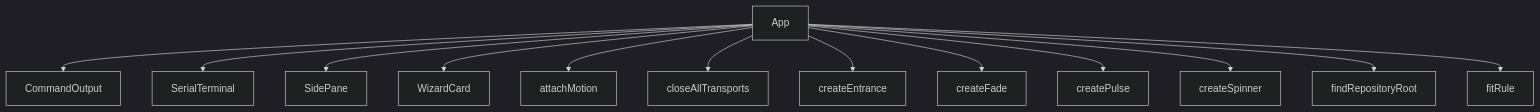
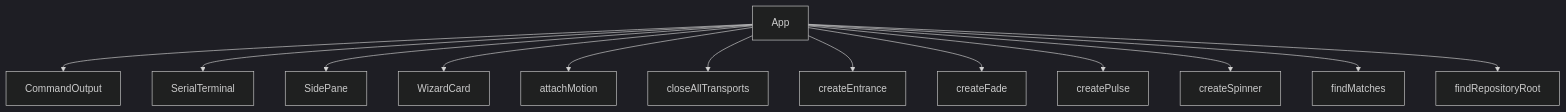
One commit to jonathan-shc/UWB changed the diagram in docs/architecture/tools.tui.src/app.tsx.md. Above: the diagram before and after it, drawn with Mermaid (dark theme). The commit also changed other lines of this file and 7 other files, not shown here.

````diff
--- a/docs/architecture/tools.tui.src/app.tsx.md
+++ b/docs/architecture/tools.tui.src/app.tsx.md
@@ -6,15 +6,15 @@
 ```mermaid
 flowchart TD
   App --> CommandOutput
   App --> SerialTerminal
   App --> SidePane
   App --> WizardCard
   App --> attachMotion
   App --> closeAllTransports
   App --> createEntrance
   App --> createFade
   App --> createPulse
   App --> createSpinner
+  App --> findMatches
   App --> findRepositoryRoot
-  App --> fitRule
 ```
````
